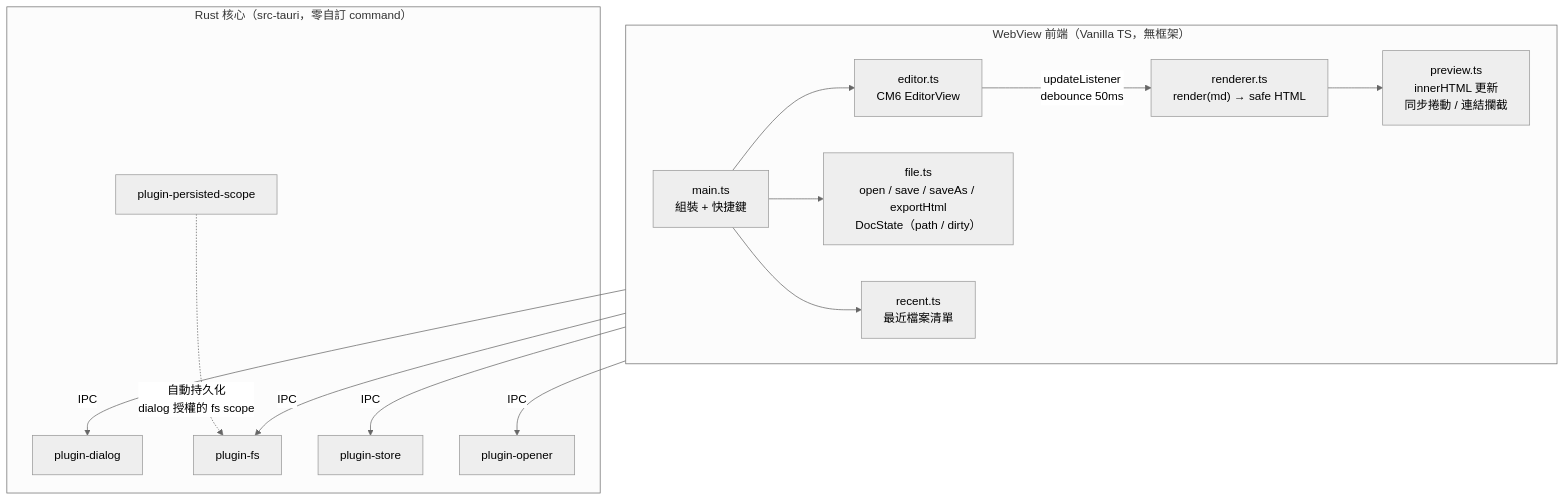
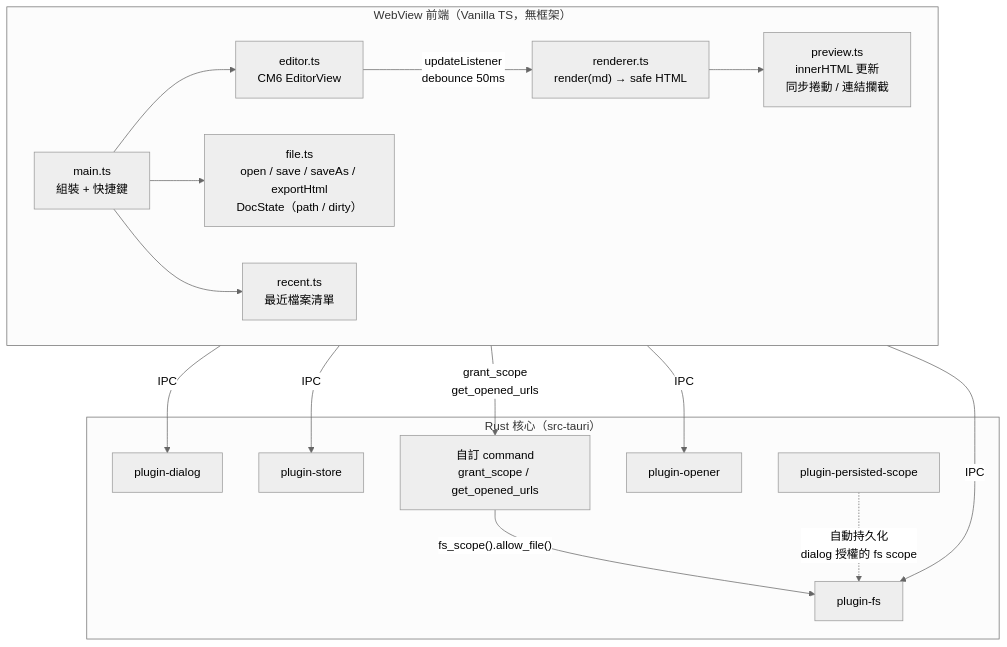
One commit to tznthou/plume changed the diagram in docs/SPEC.md. Above: the diagram before and after it, drawn with Mermaid (neutral theme). The commit also changed other lines of this file and 9 other files, not shown here.

````diff
--- a/docs/SPEC.md
+++ b/docs/SPEC.md
@@ -5,25 +5,28 @@
 ```mermaid
 flowchart TB
     subgraph WebView["WebView 前端（Vanilla TS，無框架）"]
         direction LR
         main["main.ts<br/>組裝 + 快捷鍵"]
         editor["editor.ts<br/>CM6 EditorView"]
         renderer["renderer.ts<br/>render(md) → safe HTML"]
         preview["preview.ts<br/>innerHTML 更新<br/>同步捲動 / 連結攔截"]
         file["file.ts<br/>open / save / saveAs / exportHtml<br/>DocState（path / dirty）"]
         recent["recent.ts<br/>最近檔案清單"]
     end
-    subgraph RustCore["Rust 核心（src-tauri，零自訂 command）"]
+    subgraph RustCore["Rust 核心（src-tauri）"]
         dialog["plugin-dialog"]
         fs["plugin-fs"]
         store["plugin-store"]
         pscope["plugin-persisted-scope"]
         opener["plugin-opener"]
+        cmd["自訂 command<br/>grant_scope / get_opened_urls"]
     end
     editor -- "updateListener<br/>debounce 50ms" --> renderer --> preview
     main --> editor & file & recent
     file -- IPC --> dialog & fs
+    main -- "grant_scope<br/>get_opened_urls" --> cmd
+    cmd -- "fs_scope().allow_file()" --> fs
     recent -- IPC --> store
     preview -- IPC --> opener
     pscope -. "自動持久化<br/>dialog 授權的 fs scope" .-> fs
 ```
````
